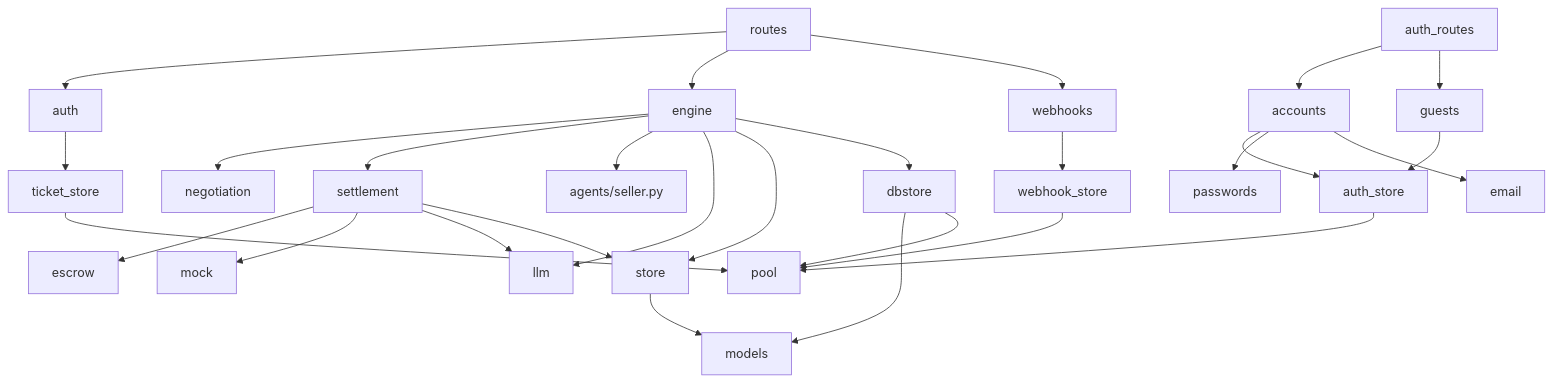
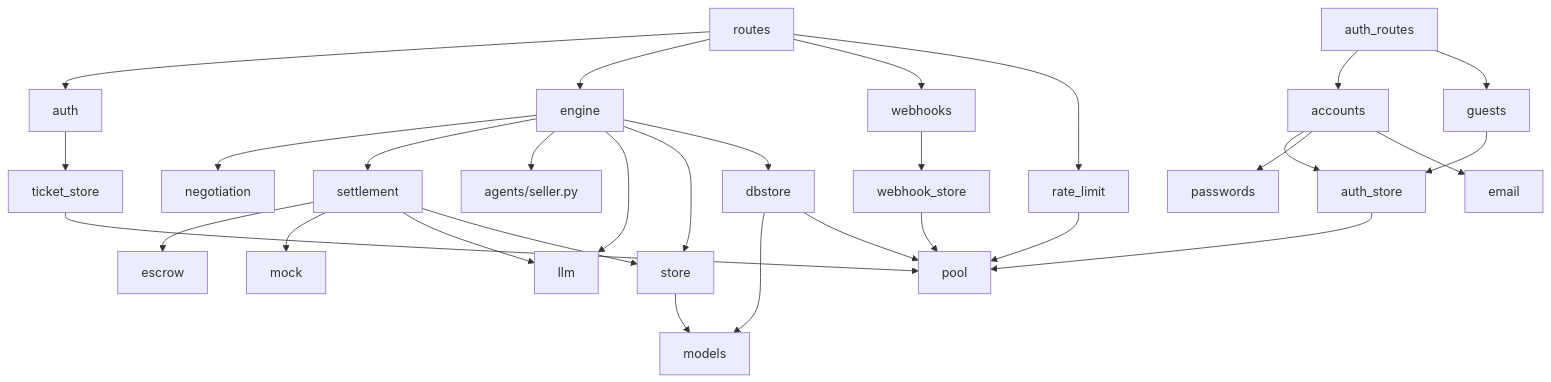
Before and after one commit to itzebe/pact: the fourth of 4 diagrams in docs/architecture.md, drawn with Mermaid. The commit also changed other lines of this file and 28 other files, not shown here.

First line of the commit message:
Rate limit the money-bearing routes per identity (#32)

````diff
--- a/docs/architecture.md
+++ b/docs/architecture.md
@@ -262,30 +272,32 @@
 ```mermaid
 flowchart TB
     routes --> auth
     routes --> engine
     routes --> webhooks
+    routes --> rate_limit
     auth_routes --> accounts
     auth_routes --> guests
     auth --> ticket_store
     guests --> auth_store
     accounts --> auth_store
     accounts --> passwords
     accounts --> email
     engine --> negotiation
     engine --> settlement
     engine --> seller_agent["agents/seller.py"]
     engine --> llm
     engine --> store
     engine --> dbstore
     settlement --> escrow
     settlement --> mock
     settlement --> llm
     settlement --> store
     webhooks --> webhook_store
     store --> models
     dbstore --> models
     dbstore --> pool
     webhook_store --> pool
     ticket_store --> pool
     auth_store --> pool
+    rate_limit --> pool
 ```
````
